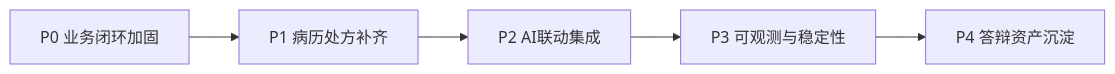
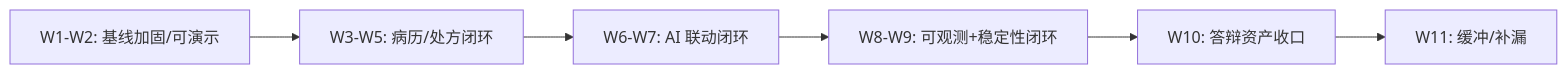
One commit to JianwenShaw/MediAskDocs changed the diagram in ROADMAP.md. Above: the diagram before and after it, drawn with Mermaid. The commit also changed other lines of this file and 7 other files, not shown here.

````diff
--- a/ROADMAP.md
+++ b/ROADMAP.md
@@ -20,7 +29,8 @@
 ```mermaid
 flowchart LR
-    A[P0 业务闭环加固] --> B[P1 病历处方补齐]
-    B --> C[P2 AI联动集成]
-    C --> D[P3 可观测与稳定性]
-    D --> E[P4 答辩资产沉淀]
+    M0[W1-W2: 基线加固/可演示] --> M1[W3-W5: 病历/处方闭环]
+    M1 --> M2[W6-W7: AI 联动闭环]
+    M2 --> M3[W8-W9: 可观测+稳定性闭环]
+    M3 --> M4[W10: 答辩资产收口]
+    M4 --> BUF[W11: 缓冲/补漏]
 ```
````
